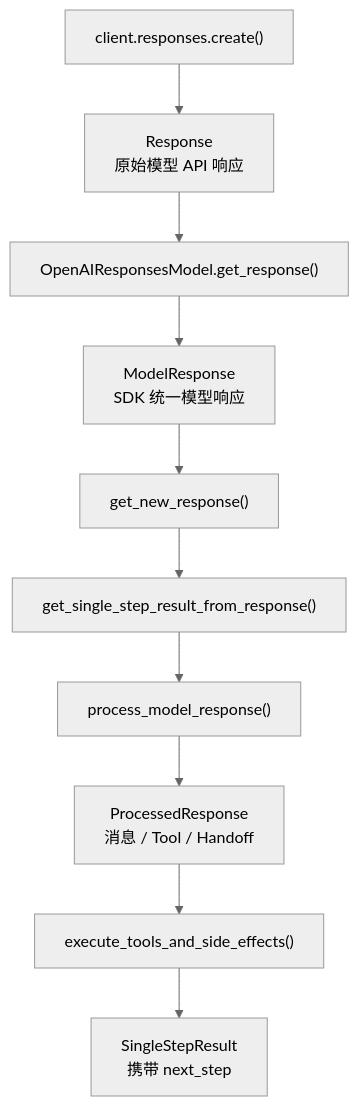
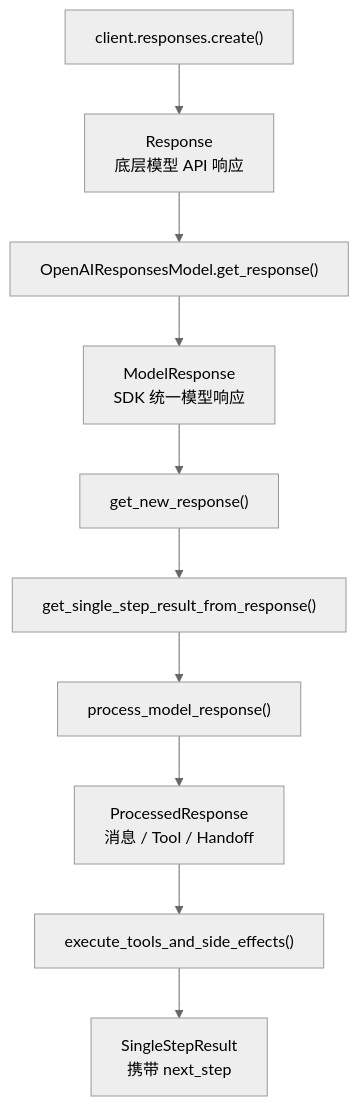
One commit to Codefreyy/openai-agents-sdk-learn changed the fifth of 5 diagrams in notes_optimized.md. Above: the diagram before and after it, drawn with Mermaid (neutral theme). The commit also changed other lines of this file, not shown here.

````diff
--- a/notes_optimized.md
+++ b/notes_optimized.md
@@ -1256,15 +1026,15 @@
 ```mermaid
 flowchart TD
     A["client.responses.create()"]
-    B["Response<br/>原始模型 API 响应"]
+    B["Response<br/>底层模型 API 响应"]
     C["OpenAIResponsesModel.get_response()"]
     D["ModelResponse<br/>SDK 统一模型响应"]
     E["get_new_response()"]
     F["get_single_step_result_from_response()"]
     G["process_model_response()"]
     H["ProcessedResponse<br/>消息 / Tool / Handoff"]
     I["execute_tools_and_side_effects()"]
     J["SingleStepResult<br/>携带 next_step"]
 
     A --> B --> C --> D --> E --> F --> G --> H --> I --> J
 ```
````
